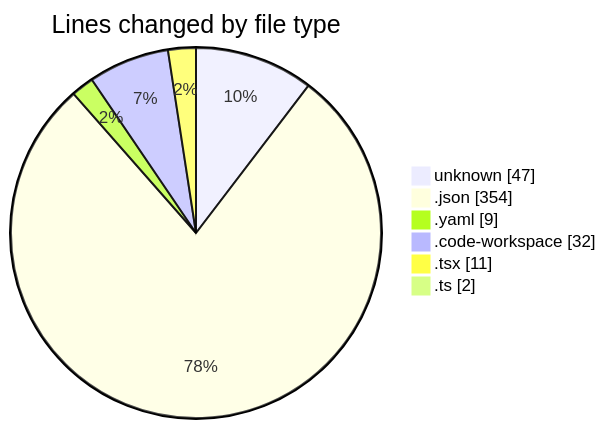
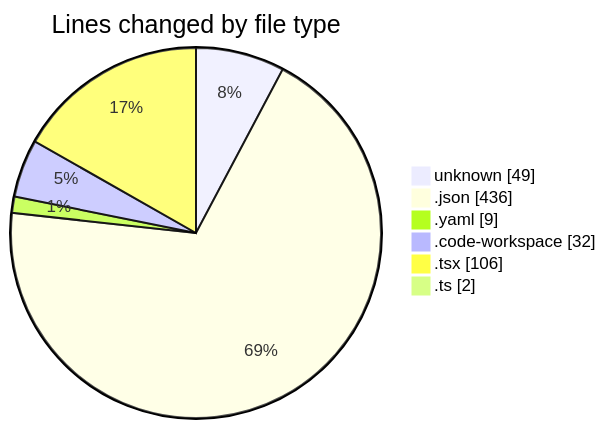
The first of 2 diagrams in 2026-03-04/shadcn-admin-kit-main__workspace_/README.md (jadenblack/code-tracking), drawn with Mermaid before and after one commit. The commit also changed other lines of this file and 1 other file, not shown here.

````diff
--- a/2026-03-04/shadcn-admin-kit-main__workspace_/README.md
+++ b/2026-03-04/shadcn-admin-kit-main__workspace_/README.md
@@ -30,10 +33,10 @@
 ```mermaid
 pie showData
 title Lines changed by file type
-"unknown" : 47
-".json" : 354
+"unknown" : 49
+".json" : 436
 ".yaml" : 9
 ".code-workspace" : 32
-".tsx" : 11
+".tsx" : 106
 ".ts" : 2
 ```
````
